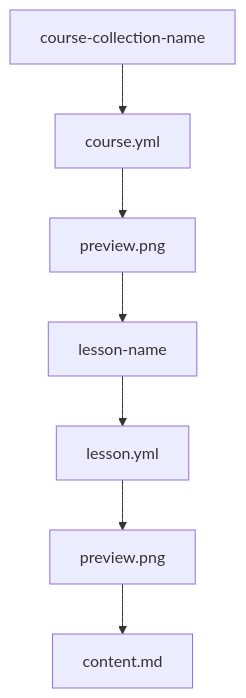
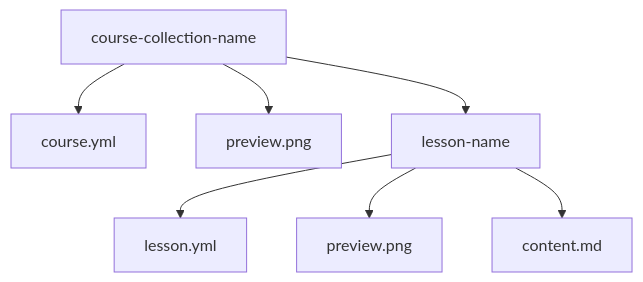
One commit to fsfw-dresden/schulstick-tutorial-docs changed the diagram in 20_Folders_Sources/folders.md. Above: the diagram before and after it, drawn with Mermaid.

````diff
--- a/20_Folders_Sources/folders.md
+++ b/20_Folders_Sources/folders.md
@@ -54,9 +54,9 @@
 ```mermaid
 flowchart
     A[course-collection-name] --> B[course.yml]
-    B --> C[preview.png]
-    C --> D[lesson-name]
+    A --> C[preview.png]
+    A --> D[lesson-name]
     D --> E[lesson.yml]
-    E --> F[preview.png]
-    F --> G[content.md]
+    D --> F[preview.png]
+    D --> G[content.md]
 ```
````
